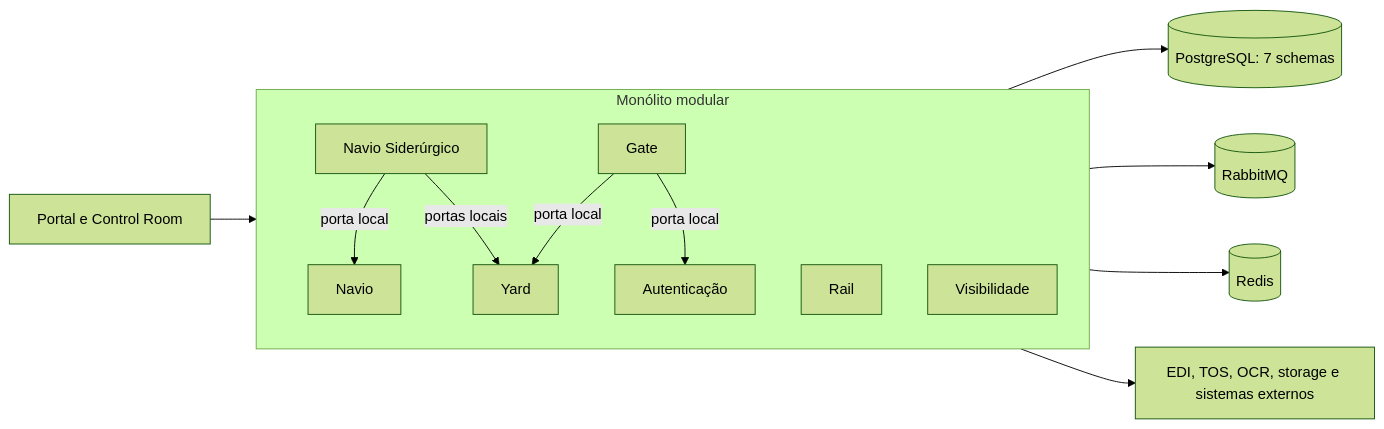
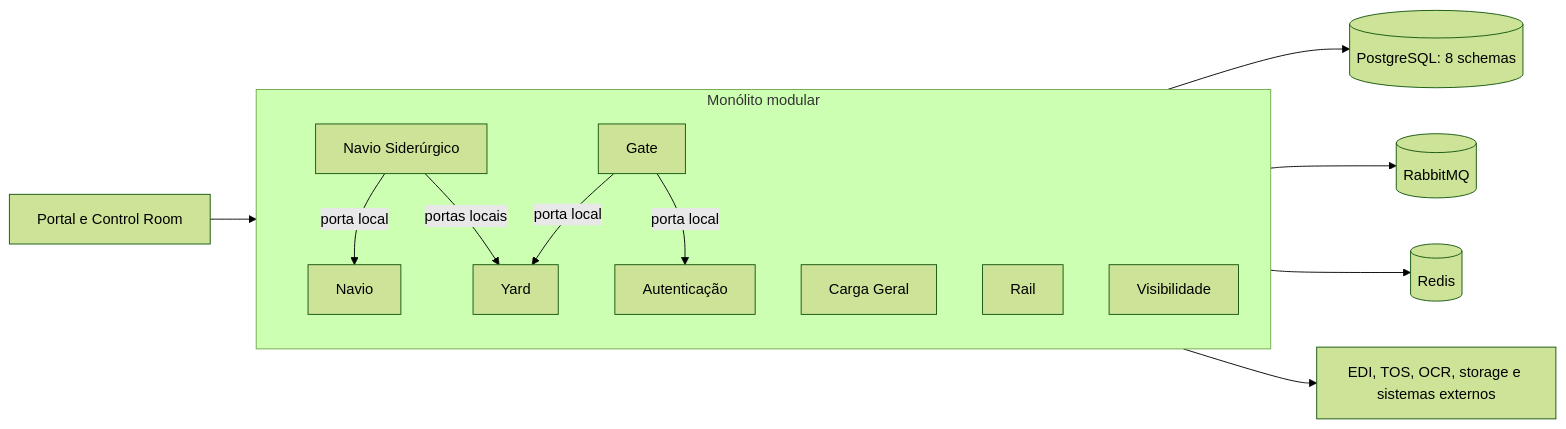
The diagram in README.md (diogo2806/CloudPort), drawn with Mermaid (forest theme) before and after one commit. The commit also changed other lines of this file, not shown here.

Commit message:
docs(carga-geral): documentar novo domínio

````diff
--- a/README.md
+++ b/README.md
@@ -47,24 +50,25 @@
 ```mermaid
 flowchart LR
     FE[Portal e Control Room] --> API[cloudport-runtime :8080]
 
     subgraph API[Monólito modular]
         AUTH[Autenticação]
+        CGO[Carga Geral]
         GATE[Gate]
         RAIL[Rail]
         YARD[Yard]
         NAVIO[Navio]
         SID[Navio Siderúrgico]
         VIS[Visibilidade]
 
         SID -->|porta local| NAVIO
         SID -->|portas locais| YARD
         GATE -->|porta local| YARD
         GATE -->|porta local| AUTH
     end
 
-    API --> PG[(PostgreSQL: 7 schemas)]
+    API --> PG[(PostgreSQL: 8 schemas)]
     API --> MQ[(RabbitMQ)]
     API --> REDIS[(Redis)]
     API --> EXT[EDI, TOS, OCR, storage e sistemas externos]
 ```
````
